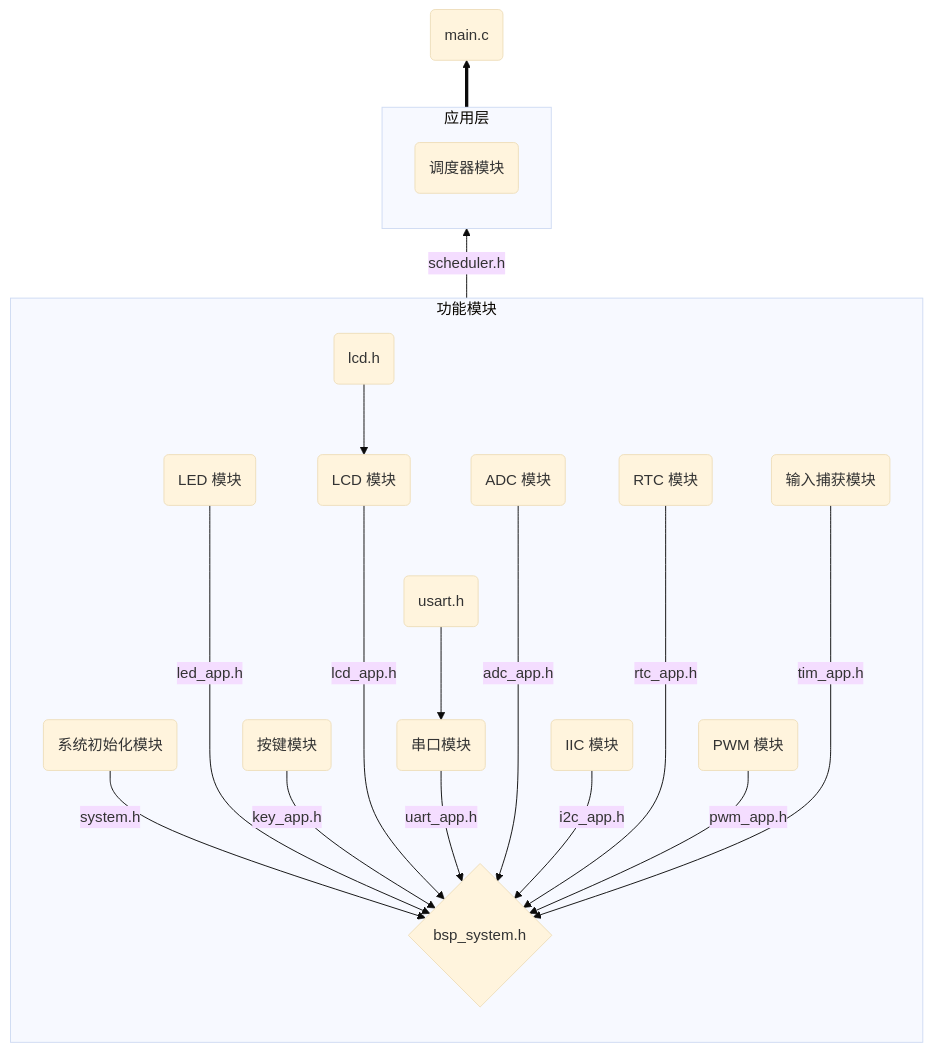
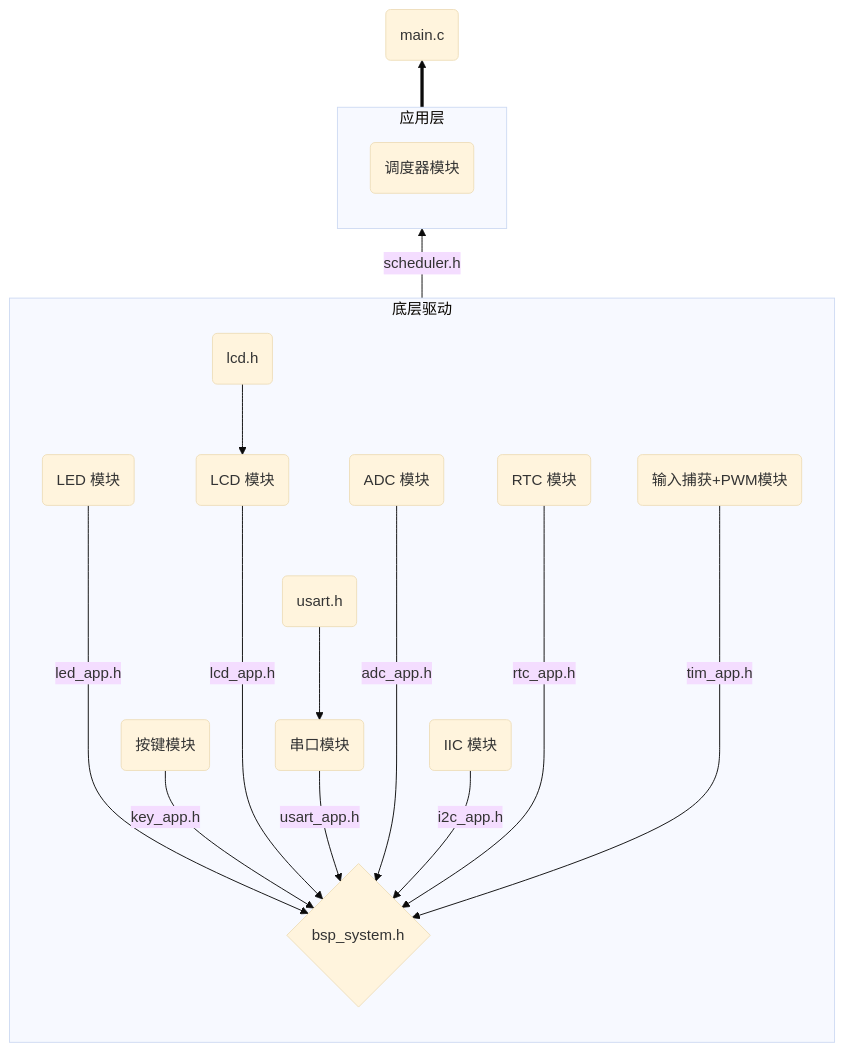
The diagram in Template/Project.md (rsecss/lq-embedded-solutions), drawn with Mermaid (base theme) before and after one commit. The commit also changed other lines of this file, not shown here.

````diff
--- a/Template/Project.md
+++ b/Template/Project.md
@@ -44,30 +44,28 @@
 ```mermaid
 %% 上下结构 
 graph BT
     B{bsp_system.h}
 
     %% 定义功能模块的内容
-    subgraph 功能模块
+    subgraph 底层驱动
         direction TB
-        A0(系统初始化模块) --system.h-->B 
         A1(LED 模块) --led_app.h----> B
         A2(按键模块) --key_app.h--> B
         A3(LCD 模块) --lcd_app.h----> B
-        A4(串口模块) --uart_app.h--> B
+        A4(串口模块) --usart_app.h--> B
         A5(ADC 模块) --adc_app.h----> B
         A6(IIC 模块) --i2c_app.h--> B
         A7(RTC 模块) --rtc_app.h----> B
-        A8(PWM 模块) --pwm_app.h--> B
-        A9(输入捕获模块) --tim_app.h----> B
+        A9(输入捕获+PWM模块) --tim_app.h----> B
 
         A31(lcd.h) --> A3
         A41(usart.h) --> A4
     end
     subgraph 应用层
     direction TB
         B --scheduler.h--> C(调度器模块)
 
     end
 
     C ==> D(main.c)
 ```
````
